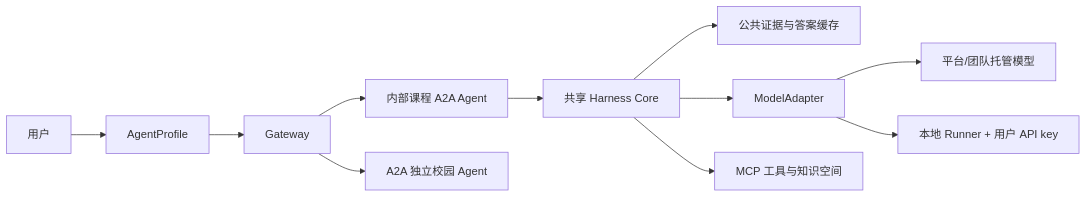
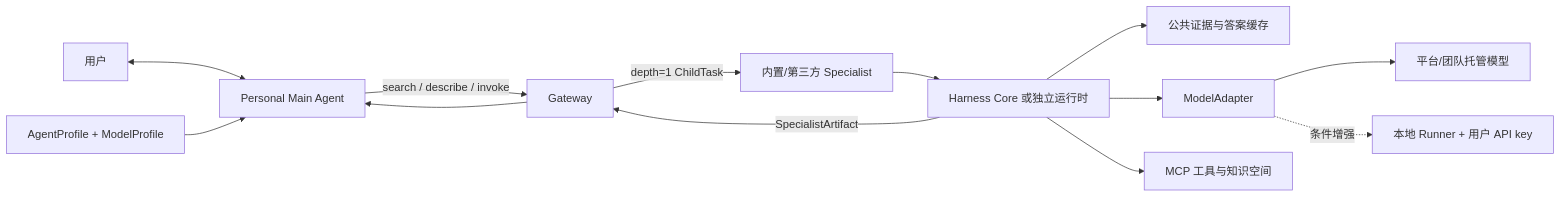
One commit to xytsakura/ai-for-better-life-in-ustc changed the diagram in docs/superpowers/specs/2026-07-19-personal-agent-harness-design.md. Above: the diagram before and after it, drawn with Mermaid. The commit also changed other lines of this file and 23 other files, not shown here.

Commit message:
docs: adopt personal main agent single-hop orchestration

````diff
--- a/docs/superpowers/specs/2026-07-19-personal-agent-harness-design.md
+++ b/docs/superpowers/specs/2026-07-19-personal-agent-harness-design.md
@@ -22,13 +23,15 @@
 ```mermaid
 flowchart LR
-    U["用户"] --> P["AgentProfile"]
-    P --> G["Gateway"]
-    G --> I["内部课程 A2A Agent"]
-    I --> H["共享 Harness Core"]
+    U["用户"] <--> MA["Personal Main Agent"]
+    P["AgentProfile + ModelProfile"] --> MA
+    MA -->|"search / describe / invoke"| G["Gateway"]
+    G -->|"depth=1 ChildTask"| I["内置/第三方 Specialist"]
+    I --> H["Harness Core 或独立运行时"]
+    H -->|"SpecialistArtifact"| G
+    G --> MA
     H --> C["公共证据与答案缓存"]
-    H --> M["ModelAdapter"]
-    M --> PM["平台/团队托管模型"]
-    M --> LR["本地 Runner + 用户 API key"]
+    H --> AD["ModelAdapter"]
+    AD --> PM["平台/团队托管模型"]
+    AD -. "条件增强" .-> LR["本地 Runner + 用户 API key"]
     H --> T["MCP 工具与知识空间"]
-    G --> A["A2A 独立校园 Agent"]
 ```
````
